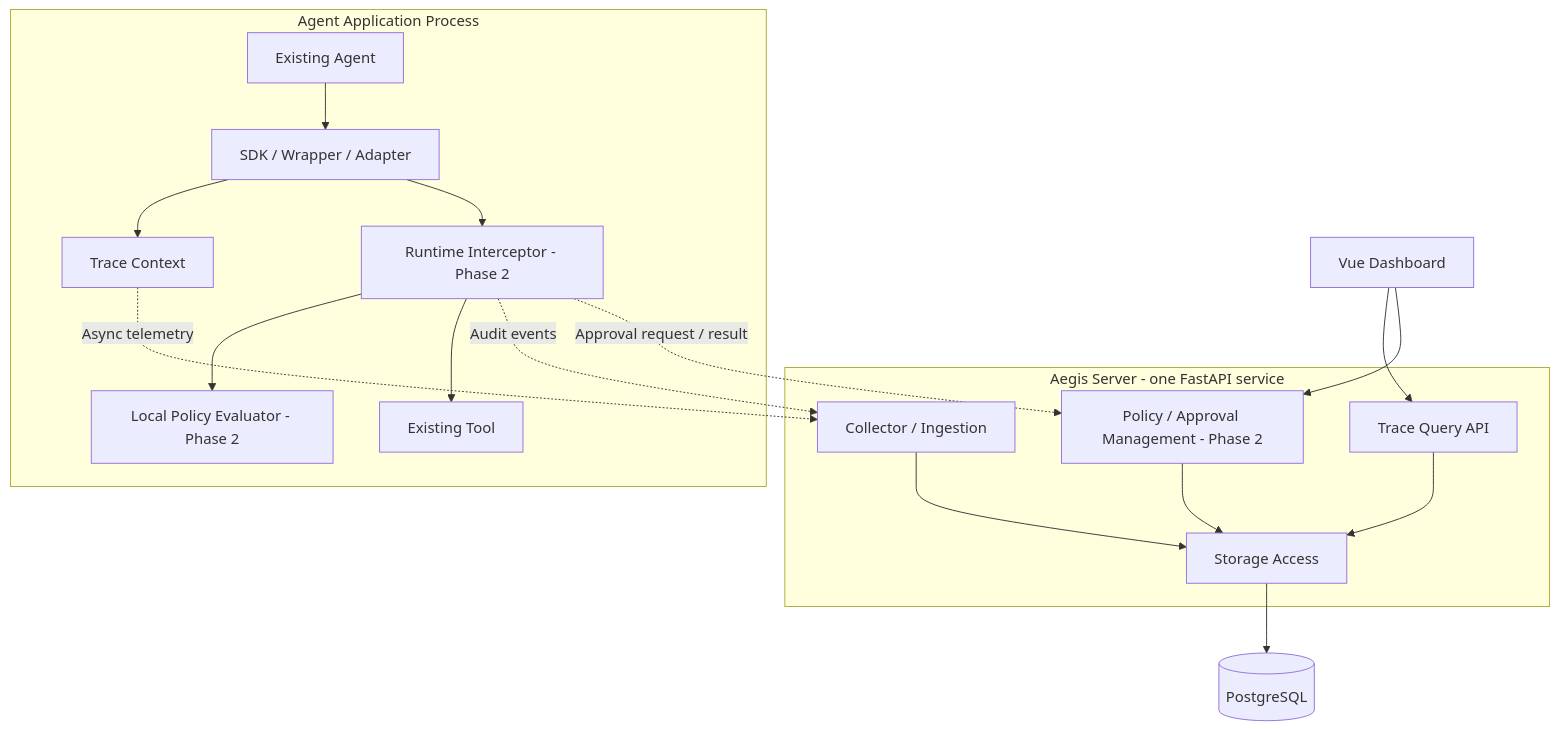
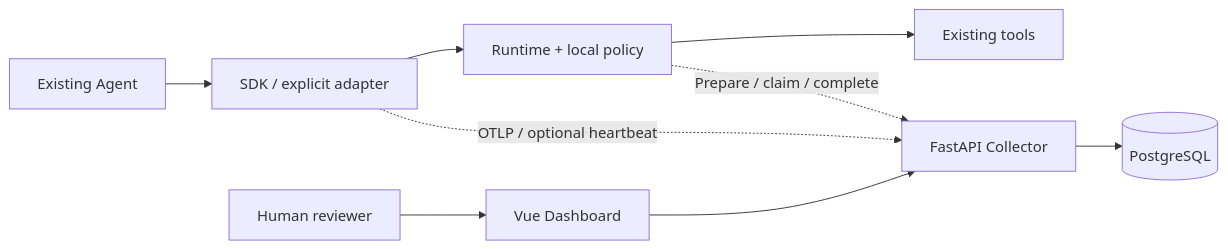
One commit to Szarx/aegis-runtime changed the diagram in ARCHITECTURE.md. Above: the diagram before and after it, drawn with Mermaid. The commit also changed other lines of this file and 111 other files, not shown here.

````diff
--- a/ARCHITECTURE.md
+++ b/ARCHITECTURE.md
@@ -33,31 +5,11 @@
 ```mermaid
-flowchart TB
-    subgraph Application[Agent Application Process]
-        Agent[Existing Agent]
-        Integration[SDK / Wrapper / Adapter]
-        Context[Trace Context]
-        Runtime[Runtime Interceptor - Phase 2]
-        Policy[Local Policy Evaluator - Phase 2]
-        Tool[Existing Tool]
-        Agent --> Integration
-        Integration --> Context
-        Integration --> Runtime
-        Runtime --> Policy
-        Runtime --> Tool
-    end
-    subgraph Server[Aegis Server - one FastAPI service]
-        Ingest[Collector / Ingestion]
-        Query[Trace Query API]
-        Control[Policy / Approval Management - Phase 2]
-        Storage[Storage Access]
-        Ingest --> Storage
-        Query --> Storage
-        Control --> Storage
-    end
-    Context -. Async telemetry .-> Ingest
-    Runtime -. Audit events .-> Ingest
-    Runtime -. Approval request / result .-> Control
-    Storage --> DB[(PostgreSQL)]
-    UI[Vue Dashboard] --> Query
-    UI --> Control
+flowchart LR
+    Agent[Existing Agent] --> Adapter[SDK / explicit adapter]
+    Adapter --> Runtime[Runtime + local policy]
+    Runtime --> Tool[Existing tools]
+    Adapter -. OTLP / optional heartbeat .-> Collector[FastAPI Collector]
+    Runtime -. Prepare / claim / complete .-> Collector
+    Collector --> DB[(PostgreSQL)]
+    Dashboard[Vue Dashboard] --> Collector
+    Reviewer[Human reviewer] --> Dashboard
 ```
````
